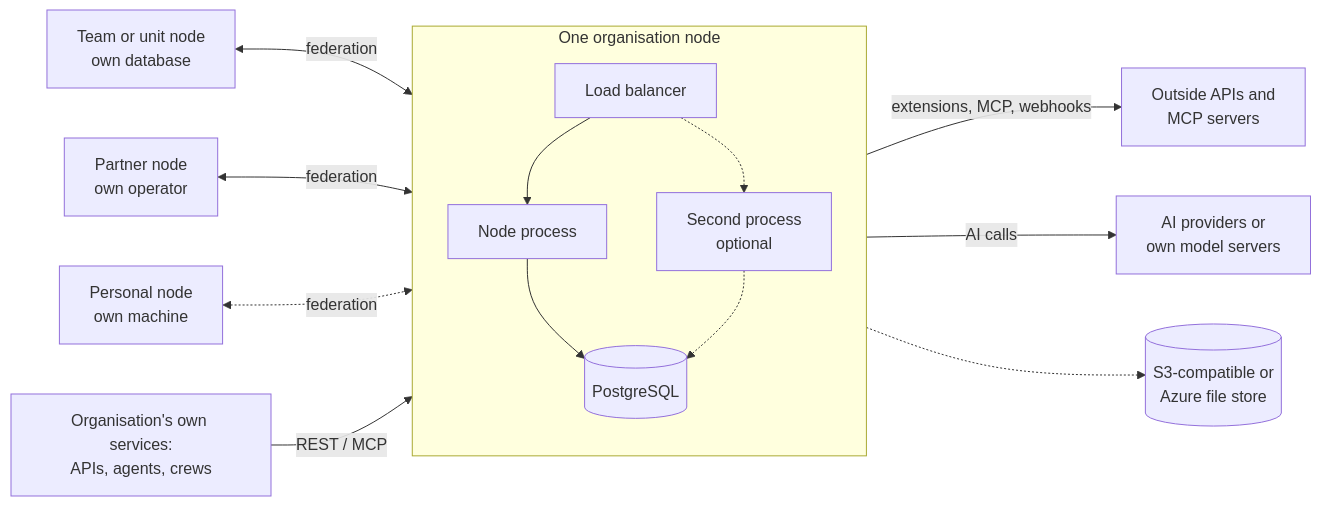
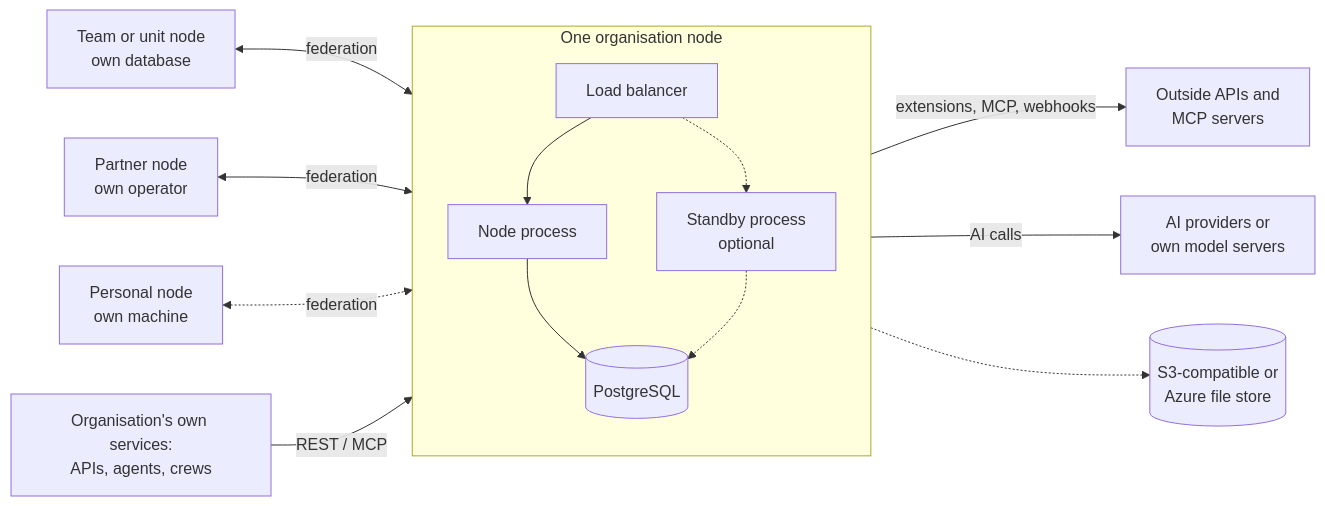
The diagram in docs/it-adoption/18-scope-and-deployment-patterns.md (miikkij/aimeat-protocol), drawn with Mermaid before and after one commit. The commit also changed other lines of this file and 8 other files, not shown here.

````diff
--- a/docs/it-adoption/18-scope-and-deployment-patterns.md
+++ b/docs/it-adoption/18-scope-and-deployment-patterns.md
@@ -28,16 +28,16 @@
 ```mermaid
 flowchart LR
   subgraph A[One organisation node]
     LB[Load balancer] --> P1[Node process]
-    LB -.-> P2[Second process<br/>optional]
+    LB -.-> P2[Standby process<br/>optional]
     P1 --> DB[(PostgreSQL)]
     P2 -.-> DB
   end
   T[Team or unit node<br/>own database] <-- federation --> A
   PN[Partner node<br/>own operator] <-- federation --> A
   L[Personal node<br/>own machine] <-. federation .-> A
   S[Organisation's own services:<br/>APIs, agents, crews] -- REST / MCP --> A
   A -- extensions, MCP, webhooks --> X[Outside APIs and<br/>MCP servers]
   A -- AI calls --> M[AI providers or<br/>own model servers]
   A -.-> F[(S3-compatible or<br/>Azure file store)]
 ```
````
